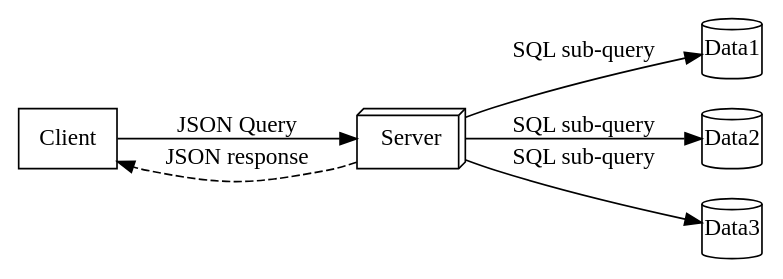
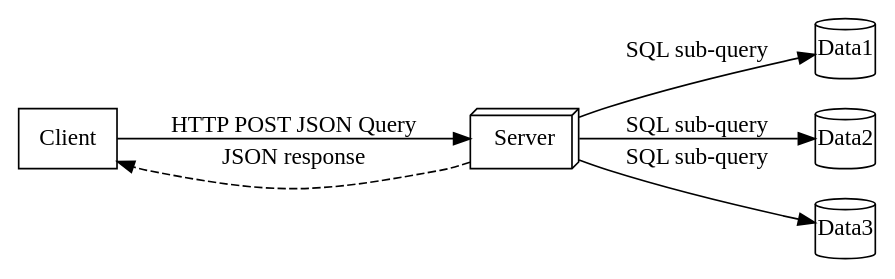
Before and after one commit to bignosethethird/Technical-Architecture-Notes: the sixth of 28 diagrams in HLD Solutiuon Architecture [Project].md, drawn with Graphviz. The commit also changed other lines of this file, not shown here.

Commit message:
Update HLD Solutiuon Architecture [Project].md

````diff
--- a/HLD Solutiuon Architecture [Project].md
+++ b/HLD Solutiuon Architecture [Project].md
@@ -1882,16 +2471,16 @@
 ```graphviz
 digraph GRAPHQL {
     rankdir=LR;
     size="8,5"
     Client [shape = box];
 	Server [shape = box3d];
 	Data1 [shape=cylinder, fixedsize=true, width=0.5, height=0.5];
 	Data2 [shape=cylinder, fixedsize=true, width=0.5, height=0.5];
 	Data3 [shape=cylinder, fixedsize=true, width=0.5, height=0.5];
-    Client -> Server [ label = "JSON Query"];
+    Client -> Server [ label = "HTTP POST JSON Query"];
 	Server -> Data1 [label="SQL sub-query"];
 	Server -> Data2 [label="SQL sub-query"];
 	Server -> Data3 [label="SQL sub-query"];
 	Server -> Client [label = "JSON response", style="dashed"]
 }
 ```
````
